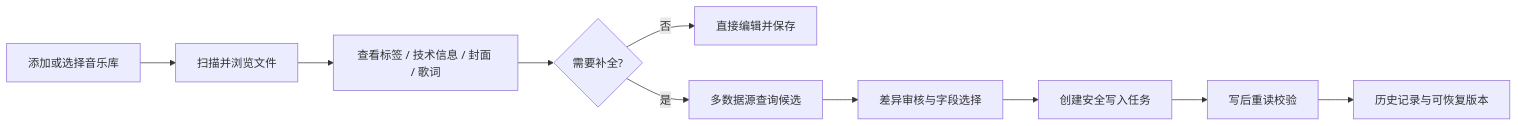
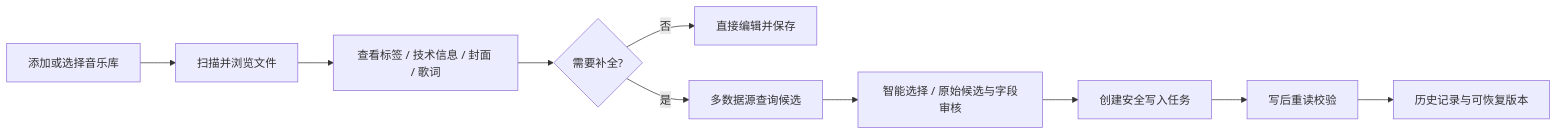
One commit to Ericwyn/tagger changed the first of 2 diagrams in README.md. Above: the diagram before and after it, drawn with Mermaid. The commit also changed other lines of this file and 27 other files, not shown here.

````diff
--- a/README.md
+++ b/README.md
@@ -49,12 +49,12 @@
 ```mermaid
 flowchart LR
     A[添加或选择音乐库] --> B[扫描并浏览文件]
     B --> C[查看标签 / 技术信息 / 封面 / 歌词]
     C --> D{需要补全?}
     D -->|否| E[直接编辑并保存]
     D -->|是| F[多数据源查询候选]
-    F --> G[差异审核与字段选择]
+    F --> G[智能选择 / 原始候选与字段审核]
     G --> H[创建安全写入任务]
     H --> I[写后重读校验]
     I --> J[历史记录与可恢复版本]
 ```
````
